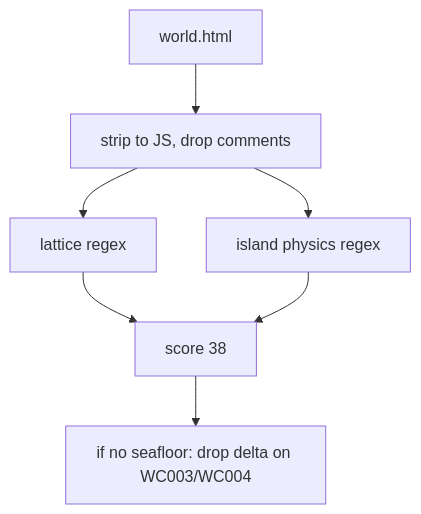
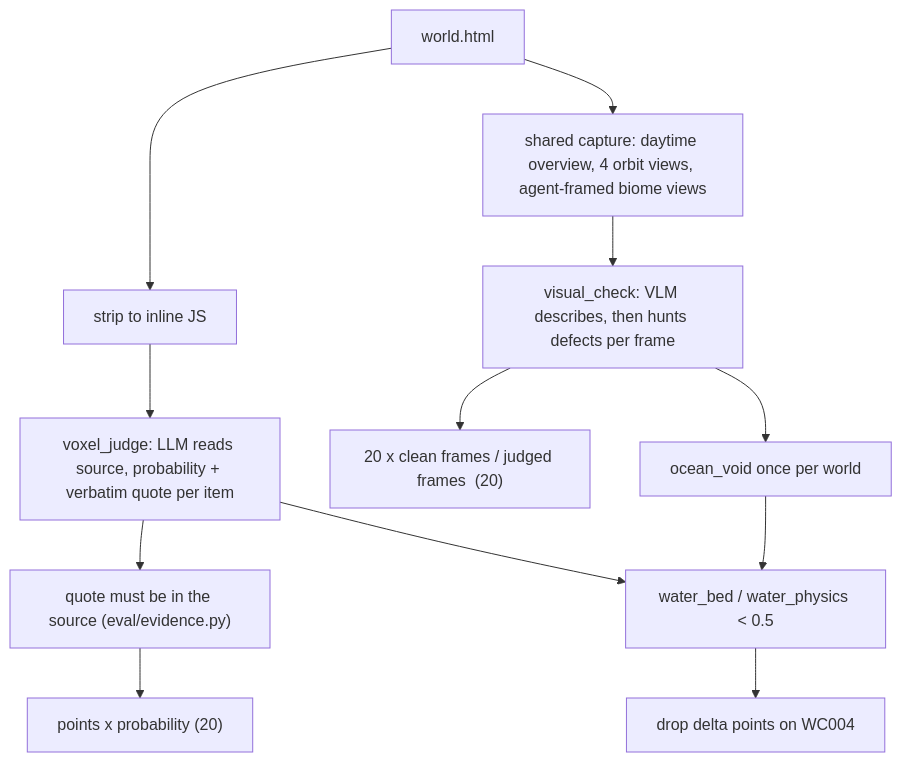
Before and after one commit to KrishBakshi/worldbench: the diagram in tests/WC000_voxel_world/README.md, drawn with Mermaid. The commit also changed other lines of this file and 29 other files, not shown here.

First line of the commit message:
WC005 on pinned-clock frames, fixed 280-pt ladder, capture in validate, rate-limit safety.

````diff
--- a/tests/WC000_voxel_world/README.md
+++ b/tests/WC000_voxel_world/README.md
@@ -9,10 +9,15 @@
 ```mermaid
 flowchart TD
     html["world.html"]
-    html --> strip["strip to JS, drop comments"]
-    strip --> lattice["lattice regex"]
-    strip --> physics["island physics regex"]
-    lattice --> score["score 38"]
-    physics --> score
-    score --> gate["if no seafloor: drop delta on WC003/WC004"]
+    html --> src["strip to inline JS"]
+    src --> judge["voxel_judge: LLM reads source, probability + verbatim quote per item"]
+    judge --> verify["quote must be in the source (eval/evidence.py)"]
+    verify --> s1["points x probability  (20)"]
+    html --> cap["shared capture: daytime overview, 4 orbit views, agent-framed biome views"]
+    cap --> hunt["visual_check: VLM describes, then hunts defects per frame"]
+    hunt --> s2["20 x clean frames / judged frames  (20)"]
+    hunt --> void["ocean_void once per world"]
+    judge --> gate["water_bed / water_physics < 0.5"]
+    void --> gate
+    gate --> w4["drop delta points on WC004"]
 ```
````
